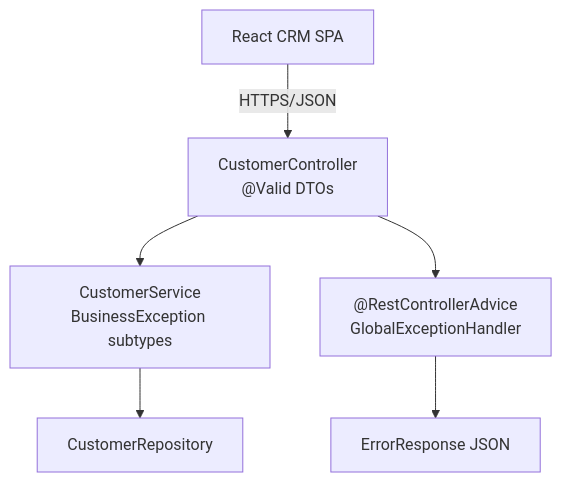
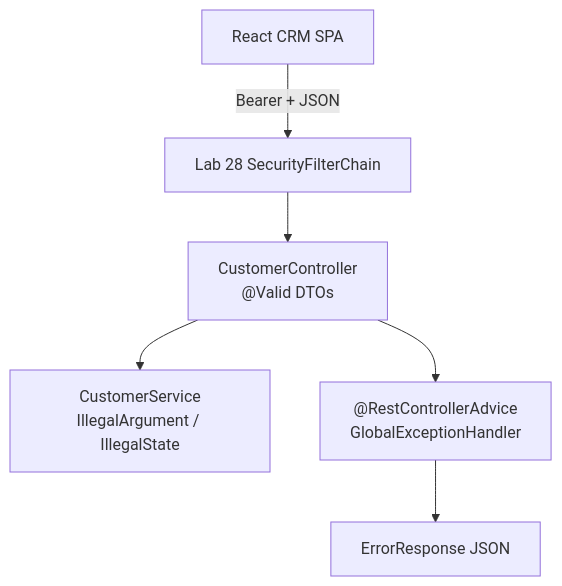
The diagram in labs/Week 3 - Spring Framework and Enterprise Patterns/module-29/lab29/LAB-29-GUIDE.md (Innovation-In-Software/bc-sw-engineer-java-participant), drawn with Mermaid before and after one commit. The commit also changed other lines of this file and 581 other files, not shown here.

Commit message:
Align Week 1–2 lab guides with starters, add detailed solutions, and publish Week 1–2 solution keys to the participant repo (Week 3+ still stripped).

````diff
--- a/labs/Week 3 - Spring Framework and Enterprise Patterns/module-29/lab29/LAB-29-GUIDE.md
+++ b/labs/Week 3 - Spring Framework and Enterprise Patterns/module-29/lab29/LAB-29-GUIDE.md
@@ -107,8 +107,8 @@
 ```mermaid
 flowchart TB
-  UI["React CRM SPA"] -->|HTTPS/JSON| Ctrl["CustomerController<br/>@Valid DTOs"]
-  Ctrl --> Svc["CustomerService<br/>BusinessException subtypes"]
-  Svc --> Repo["CustomerRepository"]
+  UI["React CRM SPA"] -->|Bearer + JSON| Sec["Lab 28 SecurityFilterChain"]
+  Sec --> Ctrl["CustomerController<br/>@Valid DTOs"]
+  Ctrl --> Svc["CustomerService<br/>IllegalArgument / IllegalState"]
   Ctrl --> GEH["@RestControllerAdvice<br/>GlobalExceptionHandler"]
   GEH --> Err["ErrorResponse JSON"]
 ```
````
